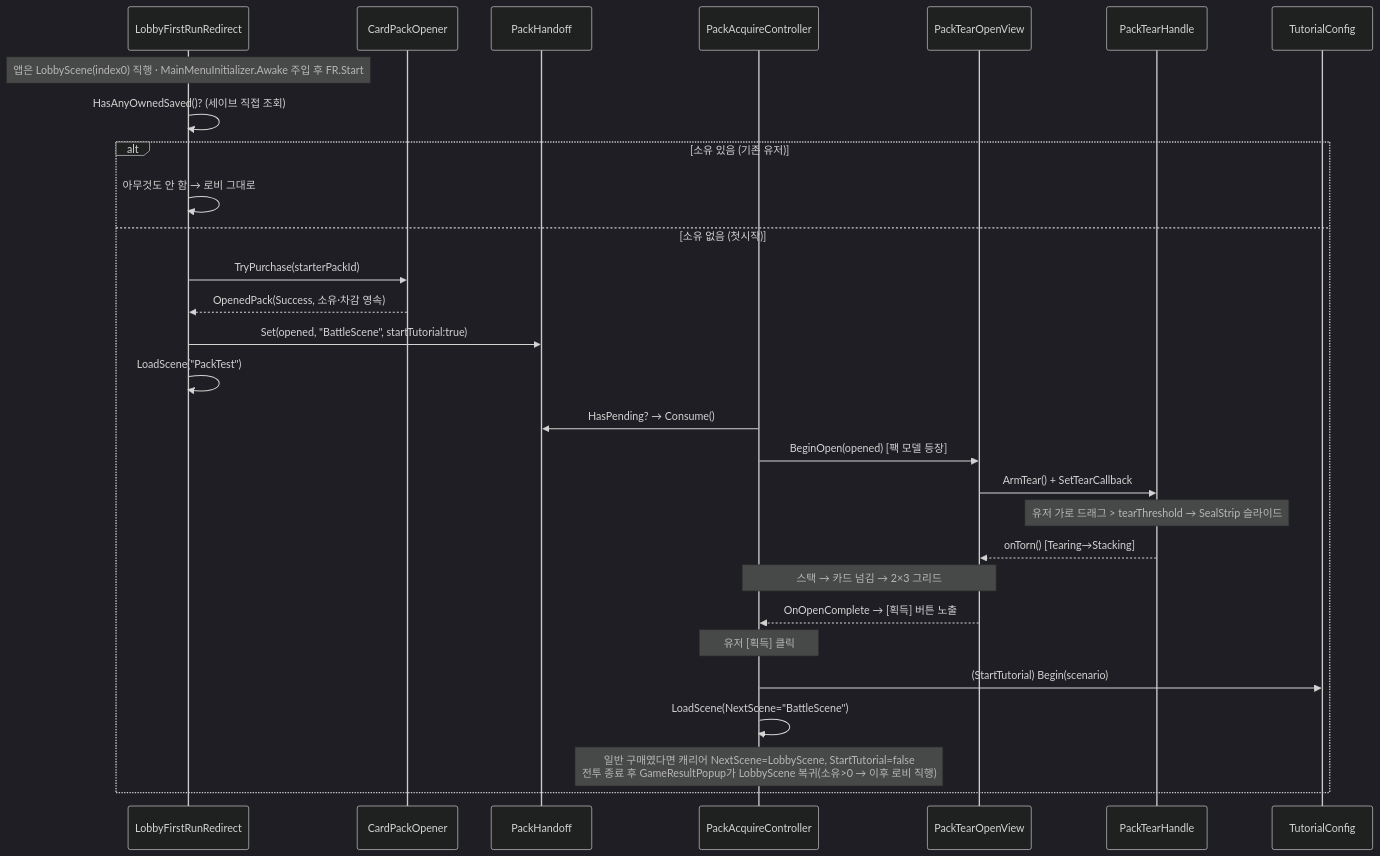
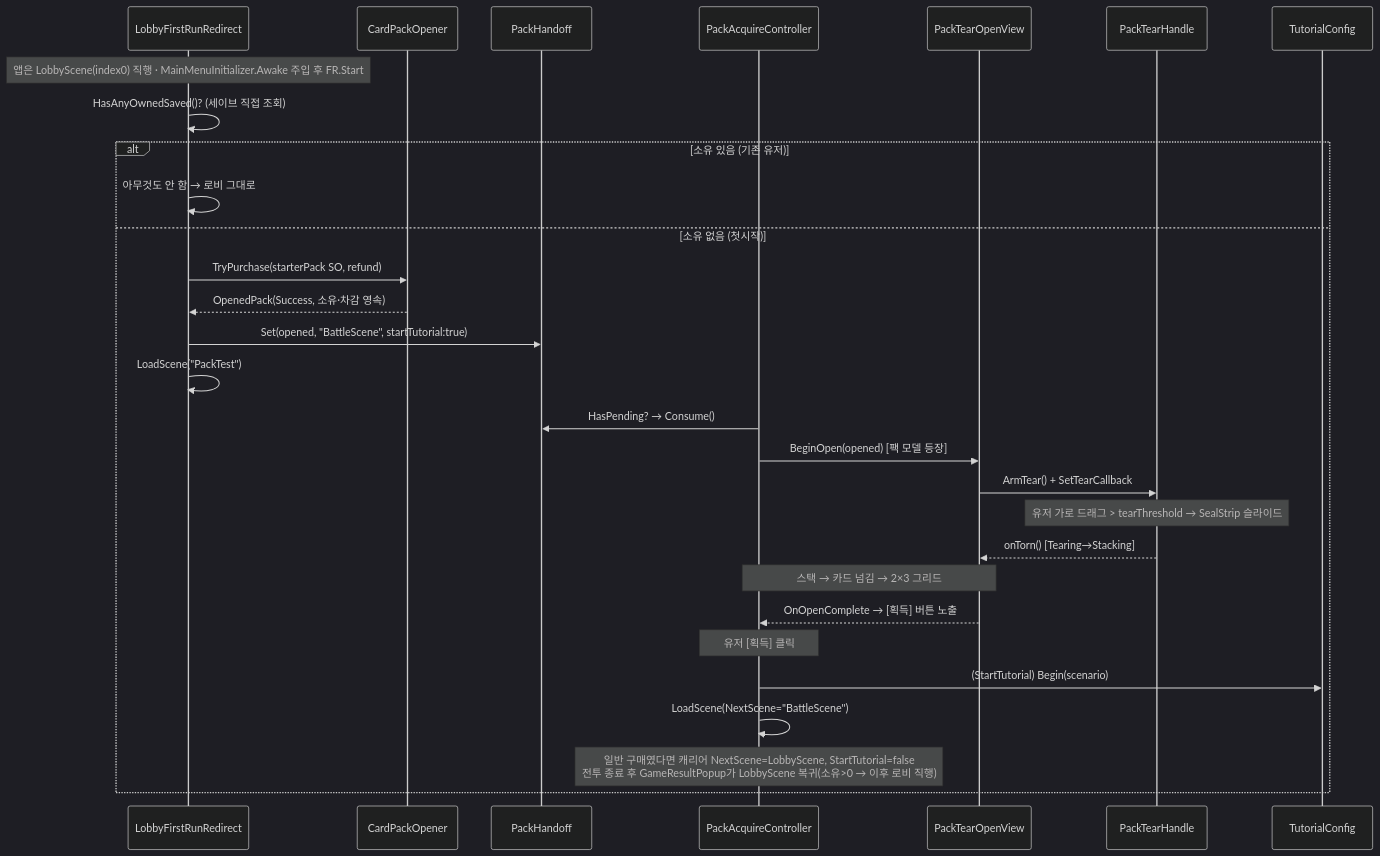
The tenth of 12 diagrams in docs/OutGamePlan/STRUCTURE.md (hspark-maker/TeamfightTCG_Migriation), drawn with Mermaid (dark theme) before and after one commit. The commit also changed other lines of this file and 21 other files, not shown here.

````diff
--- a/docs/OutGamePlan/STRUCTURE.md
+++ b/docs/OutGamePlan/STRUCTURE.md
@@ -464,32 +462,32 @@
 ```mermaid
 sequenceDiagram
     participant FR as LobbyFirstRunRedirect
     participant OP as CardPackOpener
     participant H as PackHandoff
     participant C as PackAcquireController
     participant V as PackTearOpenView
     participant HD as PackTearHandle
     participant TUT as TutorialConfig
 
     Note over FR: 앱은 LobbyScene(index0) 직행 · MainMenuInitializer.Awake 주입 후 FR.Start
     FR->>FR: HasAnyOwnedSaved()? (세이브 직접 조회)
     alt 소유 있음 (기존 유저)
         FR->>FR: 아무것도 안 함 → 로비 그대로
     else 소유 없음 (첫시작)
-        FR->>OP: TryPurchase(starterPackId)
+        FR->>OP: TryPurchase(starterPack SO, refund)
         OP-->>FR: OpenedPack(Success, 소유·차감 영속)
         FR->>H: Set(opened, "BattleScene", startTutorial:true)
         FR->>FR: LoadScene("PackTest")
         C->>H: HasPending? → Consume()
         C->>V: BeginOpen(opened) [팩 모델 등장]
         V->>HD: ArmTear() + SetTearCallback
         Note over HD: 유저 가로 드래그 > tearThreshold → SealStrip 슬라이드
         HD-->>V: onTorn() [Tearing→Stacking]
         Note over V,C: 스택 → 카드 넘김 → 2×3 그리드
         V-->>C: OnOpenComplete → [획득] 버튼 노출
         Note over C: 유저 [획득] 클릭
         C->>TUT: (StartTutorial) Begin(scenario)
         C->>C: LoadScene(NextScene="BattleScene")
         Note over C: 일반 구매였다면 캐리어 NextScene=LobbyScene, StartTutorial=false<br/>전투 종료 후 GameResultPopup가 LobbyScene 복귀(소유>0 → 이후 로비 직행)
     end
 ```
````
